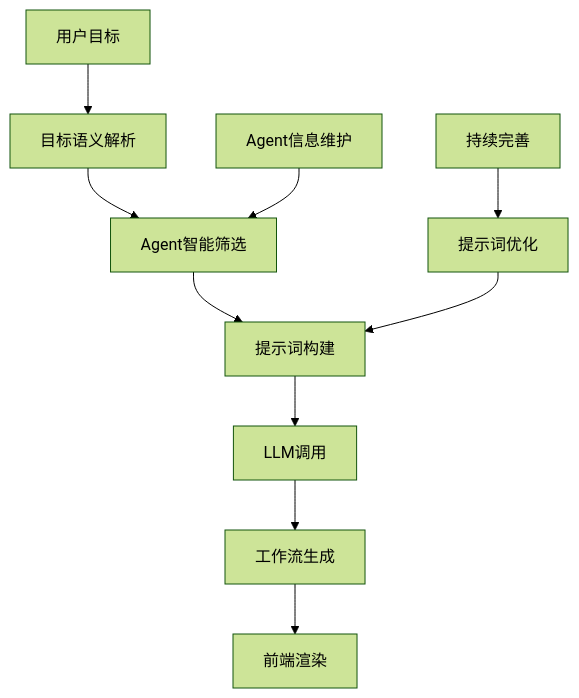
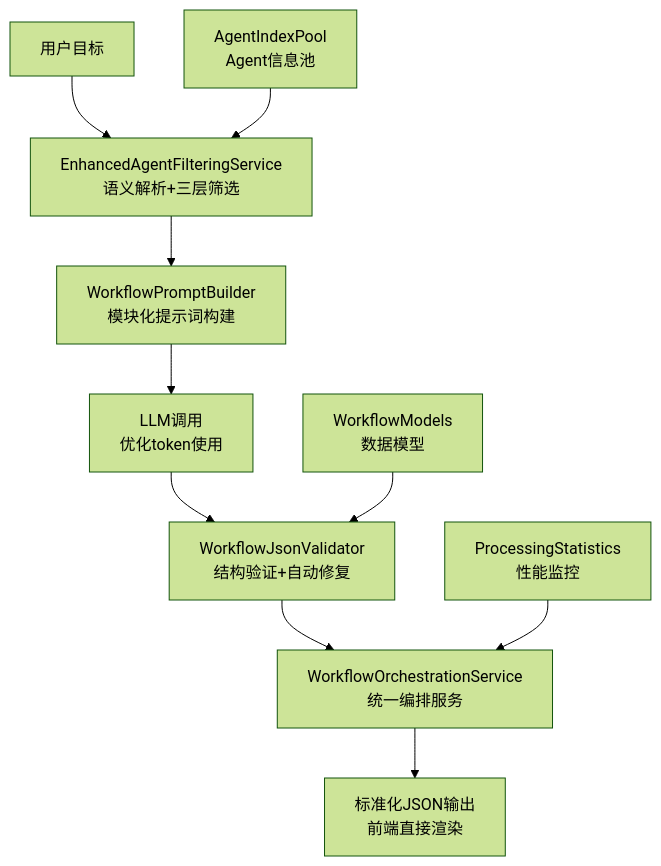
One commit to aevatarAI/aevatar-gagents changed the first of 5 diagrams in agent-workflow-optimization-guide.md. Above: the diagram before and after it, drawn with Mermaid (forest theme). The commit also changed other lines of this file, not shown here.

First line of the commit message:
docs: Optimize Agent workflow orchestration documentation - Simplify to one-time loading mechanism

````diff
--- a/agent-workflow-optimization-guide.md
+++ b/agent-workflow-optimization-guide.md
@@ -18,13 +16,13 @@
 ```mermaid
 graph TD
-    A[用户目标] --> B[目标语义解析]
-    B --> C[Agent智能筛选]
-    C --> D[提示词构建]
-    D --> E[LLM调用]
-    E --> F[工作流生成]
-    F --> G[前端渲染]
+    A[用户目标] --> B[EnhancedAgentFilteringService<br/>语义解析+三层筛选]
+    B --> C[WorkflowPromptBuilder<br/>模块化提示词构建]
+    C --> D[LLM调用<br/>优化token使用]
+    D --> E[WorkflowJsonValidator<br/>结构验证+自动修复]
+    E --> F[WorkflowOrchestrationService<br/>统一编排服务]
+    F --> G[标准化JSON输出<br/>前端直接渲染]
     
-    H[Agent信息维护] --> C
-    I[提示词优化] --> D
-    J[持续完善] --> I
+    H[AgentIndexPool<br/>Agent信息池] --> B
+    I[ProcessingStatistics<br/>性能监控] --> F
+    J[WorkflowModels<br/>数据模型] --> E
 ```
````
